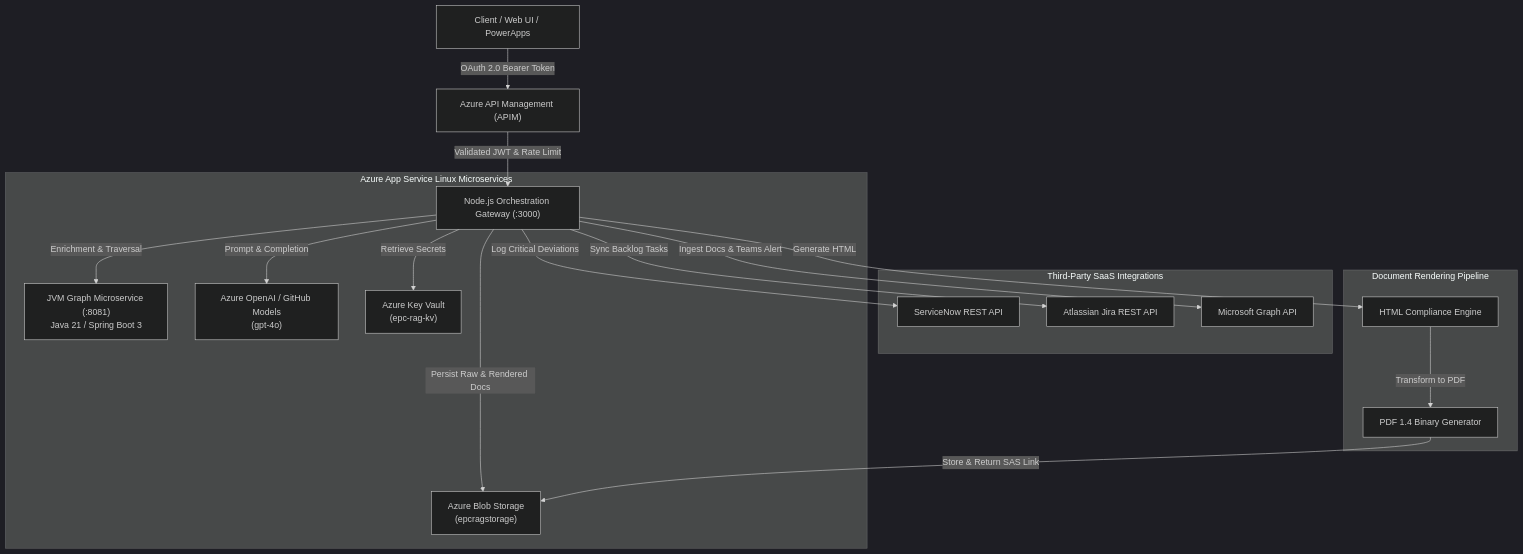
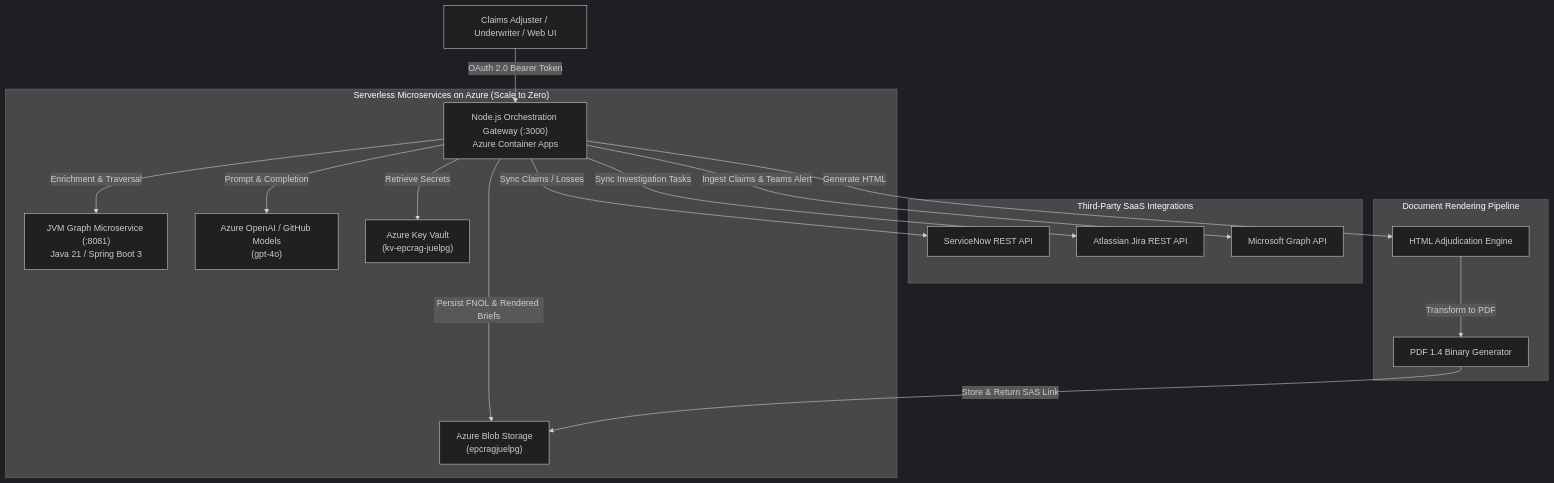
The diagram in README.md (anjani2016/azure-enterprise-graphrag), drawn with Mermaid (dark theme) before and after one commit. The commit also changed other lines of this file and 12 other files, not shown here.

Commit message:
feat(insurance): pivot GraphRAG to insurance claims domain and add serverless Azure Container Apps IaC

````diff
--- a/README.md
+++ b/README.md
@@ -37,24 +29,23 @@
 ```mermaid
 flowchart TD
-    Client["Client / Web UI / PowerApps"] -->|OAuth 2.0 Bearer Token| APIM["Azure API Management (APIM)"]
-    APIM -->|Validated JWT & Rate Limit| NodeGW["Node.js Orchestration Gateway (:3000)"]
+    Client["Claims Adjuster / Underwriter / Web UI"] -->|OAuth 2.0 Bearer Token| NodeGW["Node.js Orchestration Gateway (:3000)<br/>Azure Container Apps"]
 
-    subgraph "Azure App Service Linux Microservices"
+    subgraph "Serverless Microservices on Azure (Scale to Zero)"
         NodeGW -->|Enrichment & Traversal| JVMGraph["JVM Graph Microservice (:8081)<br/>Java 21 / Spring Boot 3"]
         NodeGW -->|Prompt & Completion| AzureOpenAI["Azure OpenAI / GitHub Models<br/>(gpt-4o)"]
-        NodeGW -->|Persist Raw & Rendered Docs| BlobStore["Azure Blob Storage<br/>(epcragstorage)"]
-        NodeGW -->|Retrieve Secrets| KeyVault["Azure Key Vault<br/>(epc-rag-kv)"]
+        NodeGW -->|Persist FNOL & Rendered Briefs| BlobStore["Azure Blob Storage<br/>(epcragjuelpg)"]
+        NodeGW -->|Retrieve Secrets| KeyVault["Azure Key Vault<br/>(kv-epcrag-juelpg)"]
     end
 
     subgraph "Third-Party SaaS Integrations"
-        NodeGW -->|Log Critical Deviations| SNow["ServiceNow REST API"]
-        NodeGW -->|Sync Backlog Tasks| Jira["Atlassian Jira REST API"]
-        NodeGW -->|Ingest Docs & Teams Alert| MSGraph["Microsoft Graph API"]
+        NodeGW -->|Sync Claims / Losses| SNow["ServiceNow REST API"]
+        NodeGW -->|Sync Investigation Tasks| Jira["Atlassian Jira REST API"]
+        NodeGW -->|Ingest Claims & Teams Alert| MSGraph["Microsoft Graph API"]
     end
 
     subgraph "Document Rendering Pipeline"
-        NodeGW -->|Generate HTML| HTMLGen["HTML Compliance Engine"]
+        NodeGW -->|Generate HTML| HTMLGen["HTML Adjudication Engine"]
         HTMLGen -->|Transform to PDF| PDFGen["PDF 1.4 Binary Generator"]
         PDFGen -->|Store & Return SAS Link| BlobStore
     end
 ```
````
